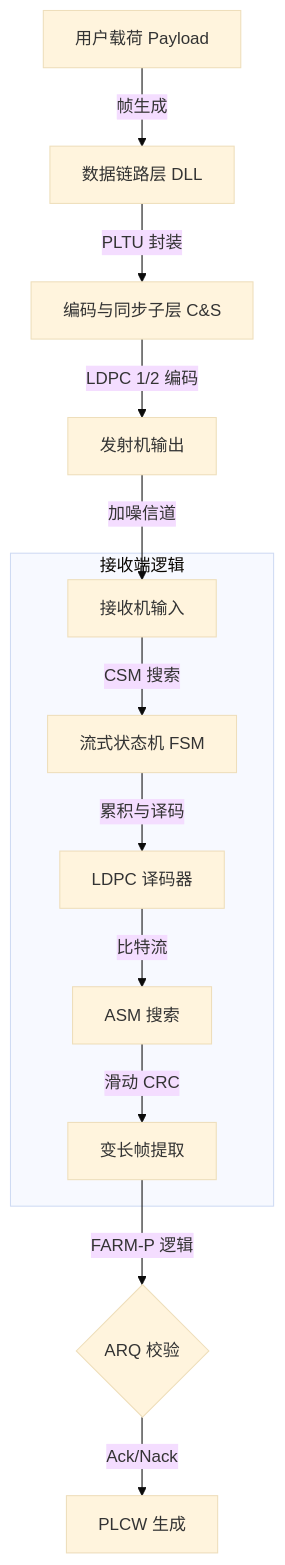
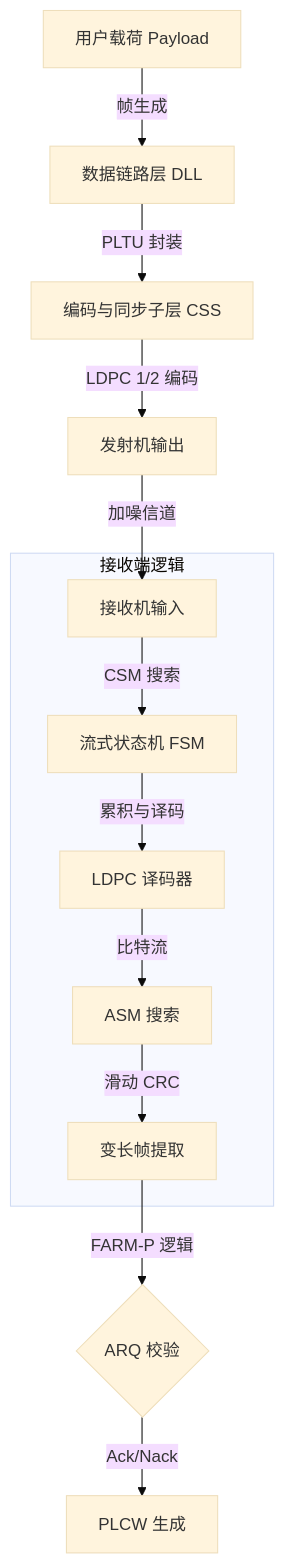
One commit to sleeve5/Protocol-for-TQ changed the first of 2 diagrams in readme.md. Above: the diagram before and after it, drawn with Mermaid (base theme). The commit also changed other lines of this file and 1 other file, not shown here.

````diff
--- a/readme.md
+++ b/readme.md
@@ -34,17 +34,17 @@
 ```mermaid
 graph TD
     User[用户载荷 Payload] -->|帧生成| DLL[数据链路层 DLL]
-    DLL -->|PLTU 封装| CS[编码与同步子层 C&S]
+    DLL -->|PLTU 封装| CS[编码与同步子层 CSS]
     CS -->|LDPC 1/2 编码| PHY_TX[发射机输出]
     PHY_TX -->|加噪信道| PHY_RX[接收机输入]
     
     subgraph 接收端逻辑
     PHY_RX -->|CSM 搜索| FSM[流式状态机 FSM]
     FSM -->|累积与译码| LDPC_DEC[LDPC 译码器]
     LDPC_DEC -->|比特流| ASM_SEARCH[ASM 搜索]
     ASM_SEARCH -->|滑动 CRC| FRAME_EXT[变长帧提取]
     end
     
     FRAME_EXT -->|FARM-P 逻辑| ARQ{ARQ 校验}
     ARQ -->|Ack/Nack| FEEDBACK[PLCW 生成]
 ```
````
